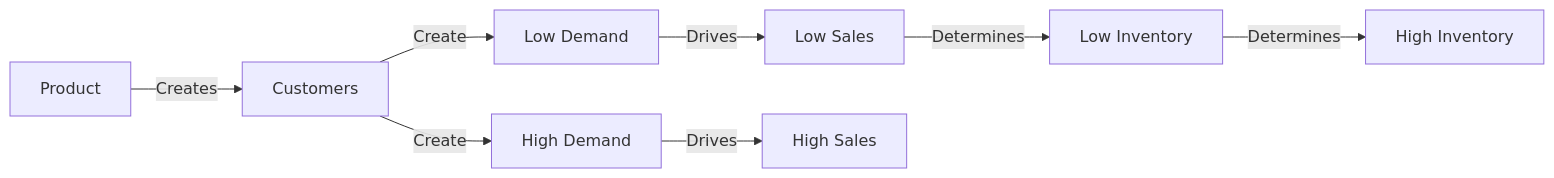
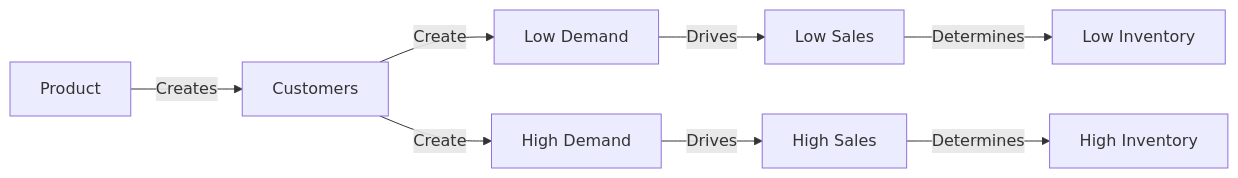
The diagram in README.md (ryanbullock02/NikeStore_ERD.md), drawn with Mermaid before and after one commit.

````diff
--- a/README.md
+++ b/README.md
@@ -4,12 +4,12 @@
 ```mermaid
 flowchart LR
   a[Product] --"Creates"--> b[Customers]
   b --"Create"--> c[Low Demand]
   c --"Drives"--> e[Low Sales]
   b --"Create"--> d[High Demand]
   d --"Drives"--> f[High Sales]
   e --"Determines"--> g[Low Inventory]
-  g --"Determines"--> h[High Inventory]
+  f --"Determines"--> h[High Inventory]
 
 
   ```
````
